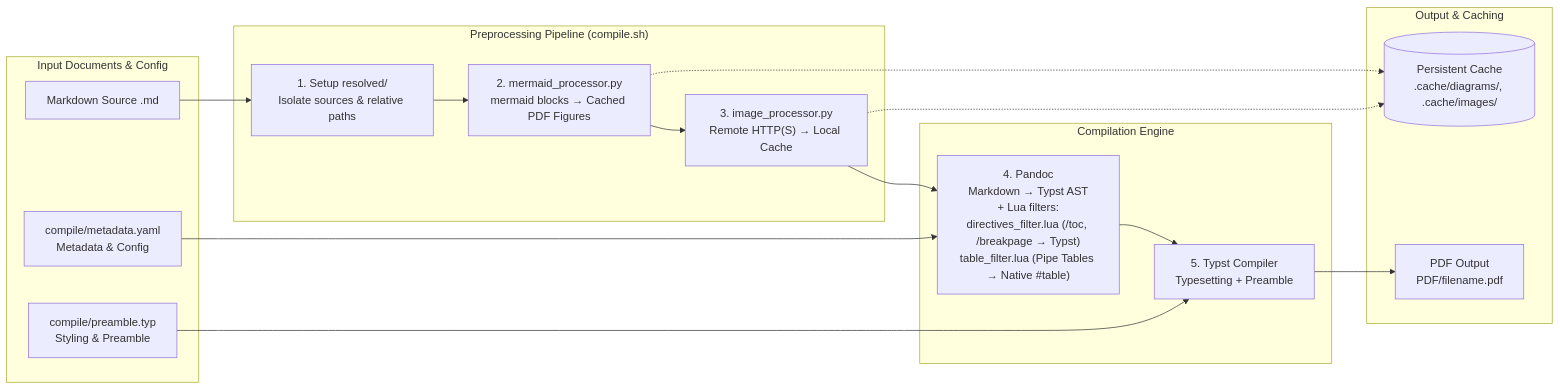
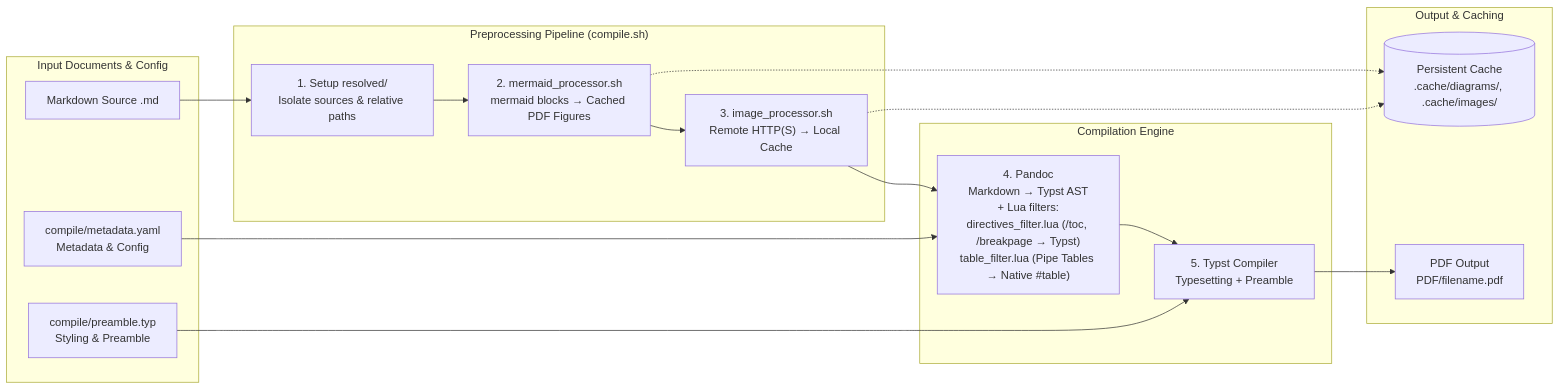
Before and after one commit to Masrkai/MRKcompile: the diagram in README.md, drawn with Mermaid. The commit also changed other lines of this file and 28 other files, not shown here.

````diff
--- a/README.md
+++ b/README.md
@@ -9,35 +9,35 @@
 ```mermaid
 graph LR
     subgraph Input Documents & Config
         MD[Markdown Source .md]
         Meta["compile/metadata.yaml<br/>Metadata & Config"]
         Pre["compile/preamble.typ<br/>Styling & Preamble"]
     end
 
     subgraph "Preprocessing Pipeline (compile.sh)"
         Res["1. Setup resolved/<br/>Isolate sources & relative paths"]
-        Mermaid["2. mermaid_processor.py<br/>mermaid blocks → Cached PDF Figures"]
-        Images["3. image_processor.py<br/>Remote HTTP(S) → Local Cache"]
+        Mermaid["2. mermaid_processor.sh<br/>mermaid blocks → Cached PDF Figures"]
+        Images["3. image_processor.sh<br/>Remote HTTP(S) → Local Cache"]
     end
 
     subgraph Compilation Engine
         Pandoc["4. Pandoc<br/>Markdown → Typst AST<br/>+ Lua filters:<br/>directives_filter.lua (/toc, /breakpage → Typst)<br/>table_filter.lua (Pipe Tables → Native #table)"]
         Typst["5. Typst Compiler<br/>Typesetting + Preamble"]
     end
 
     subgraph Output & Caching
         PDF["PDF Output<br/>PDF/filename.pdf"]
         Cache[("Persistent Cache<br/>.cache/diagrams/, .cache/images/")]
     end
 
     MD --> Res
     Res --> Mermaid
     Mermaid --> Images
     Images --> Pandoc
     Meta --> Pandoc
     Pre --> Typst
     Pandoc --> Typst
     Typst --> PDF
     Mermaid -.-> Cache
     Images -.-> Cache
 ```
````
